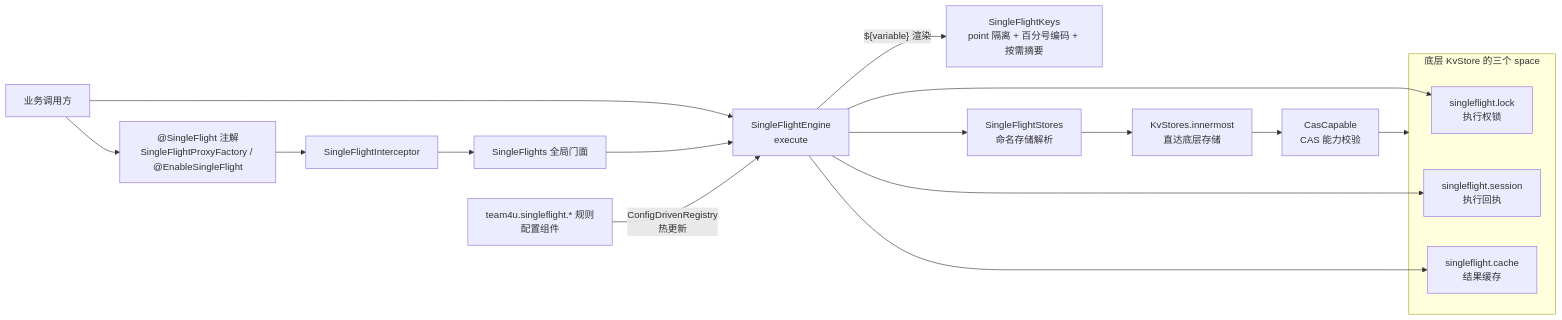
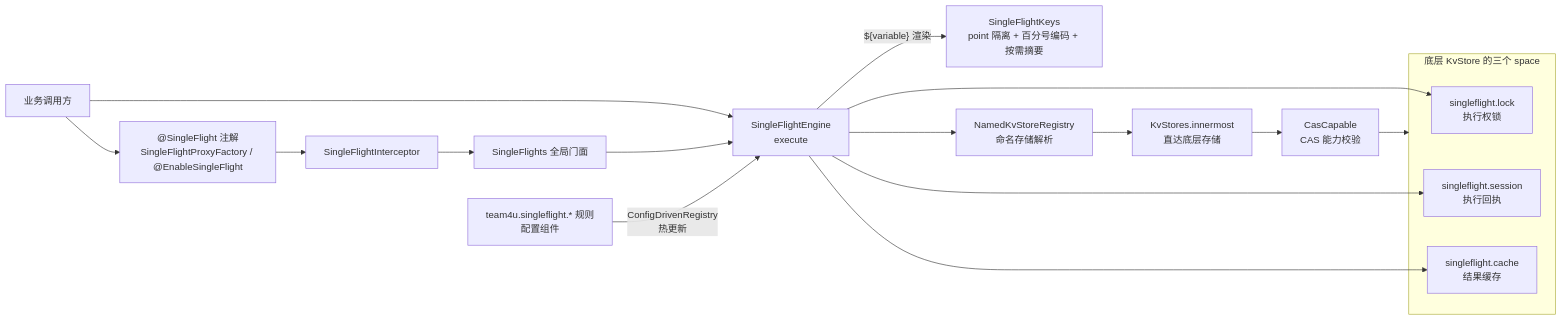
Before and after one commit to team4u/team4u-framework: the diagram in docs/singleflight/README.md, drawn with Mermaid. The commit also changed other lines of this file and 153 other files, not shown here.

````diff
--- a/docs/singleflight/README.md
+++ b/docs/singleflight/README.md
@@ -33,25 +33,25 @@
 ```mermaid
 graph LR
     A[业务调用方] --> F["SingleFlightEngine<br/>execute"]
     A --> AN["@SingleFlight 注解<br/>SingleFlightProxyFactory / @EnableSingleFlight"]
     AN --> I[SingleFlightInterceptor]
     I --> SF[SingleFlights 全局门面]
     SF --> F
 
     CONFIG["team4u.singleflight.* 规则<br/>配置组件"] -->|ConfigDrivenRegistry<br/>热更新| F
     F -->|"${variable}" 渲染| KEYS["SingleFlightKeys<br/>point 隔离 + 百分号编码 + 按需摘要"]
-    F --> STORES["SingleFlightStores<br/>命名存储解析"]
+    F --> STORES["NamedKvStoreRegistry<br/>命名存储解析"]
     STORES --> INNER["KvStores.innermost<br/>直达底层存储"]
     INNER --> CAS["CasCapable<br/>CAS 能力校验"]
 
     subgraph KV["底层 KvStore 的三个 space"]
         LOCK["singleflight.lock<br/>执行权锁"]
         SESSION["singleflight.session<br/>执行回执"]
         CACHE["singleflight.cache<br/>结果缓存"]
     end
 
     F --> LOCK
     F --> SESSION
     F --> CACHE
     CAS --> KV
 ```
````
